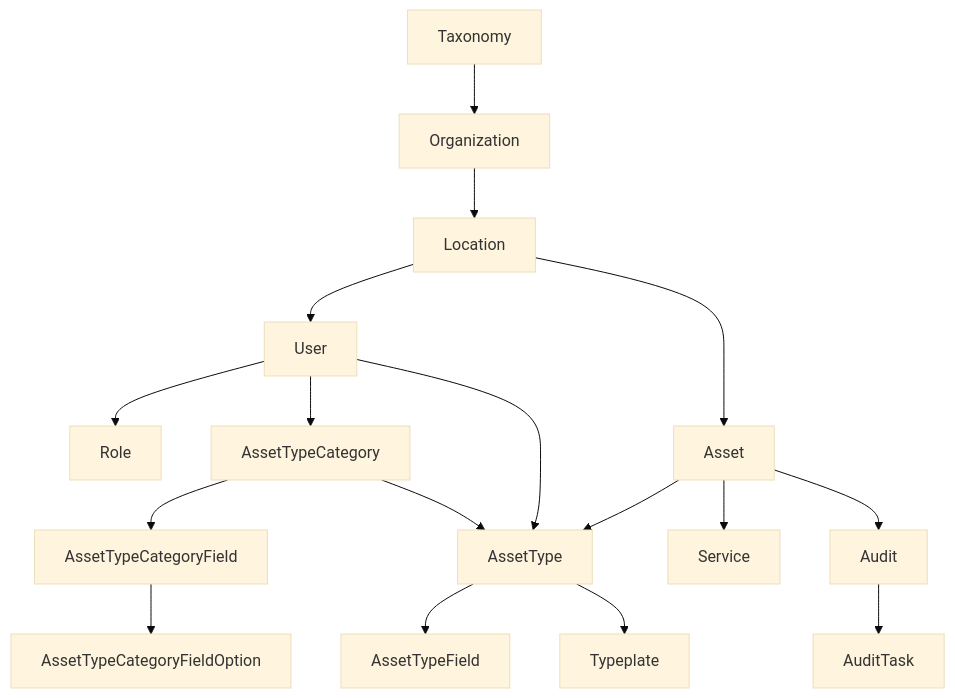
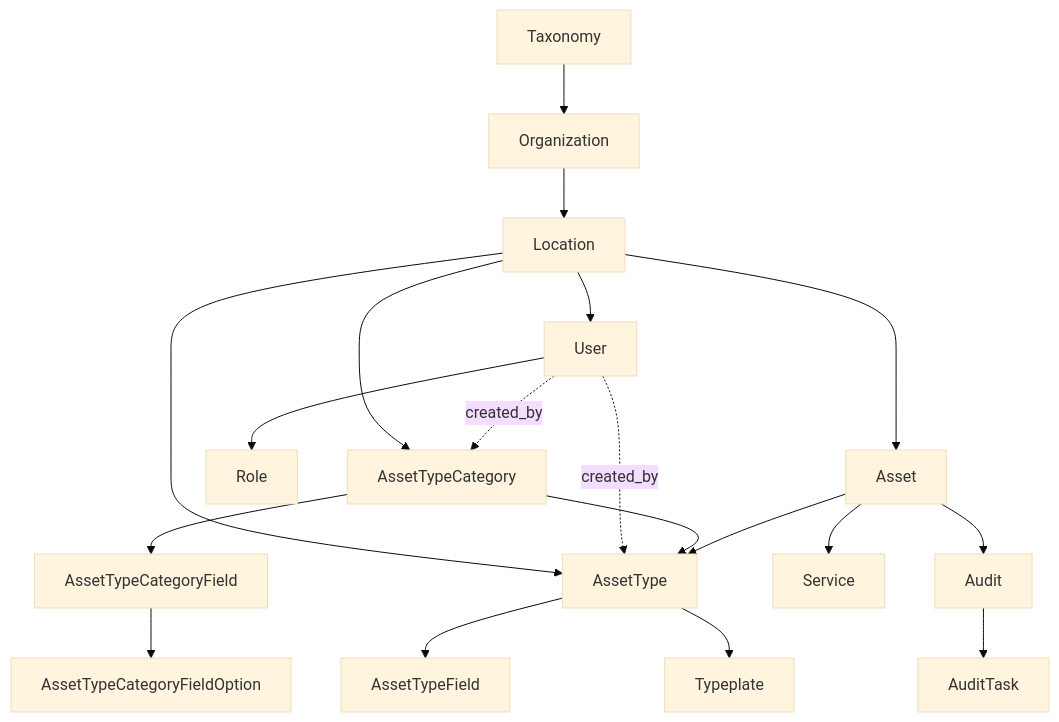
One commit to Tap2Cloud/backend-public changed the first of 3 diagrams in docs/wiki/data-models.md. Above: the diagram before and after it, drawn with Mermaid (base theme). The commit also changed other lines of this file and 12 other files, not shown here.

````diff
--- a/docs/wiki/data-models.md
+++ b/docs/wiki/data-models.md
@@ -9,19 +9,21 @@
 ```mermaid
 graph TD
   Taxonomy --> Organization
   Organization --> Location
   Location --> User
   Location --> Asset
   User --> Role
-  User --> AssetTypeCategory
-  User --> AssetType
+  Location --> AssetTypeCategory
+  Location --> AssetType
+  User -.->|created_by| AssetTypeCategory
+  User -.->|created_by| AssetType
   AssetTypeCategory --> AssetTypeCategoryField
   AssetTypeCategoryField --> AssetTypeCategoryFieldOption
   AssetTypeCategory --> AssetType
   AssetType --> AssetTypeField
   AssetType --> Typeplate
   Asset --> AssetType
   Asset --> Service
   Asset --> Audit
   Audit --> AuditTask
 ```
````
